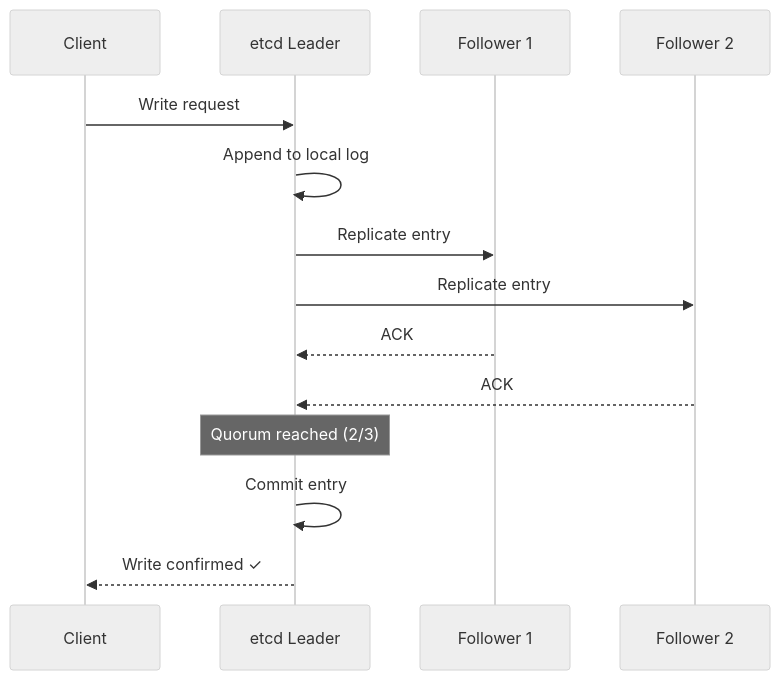
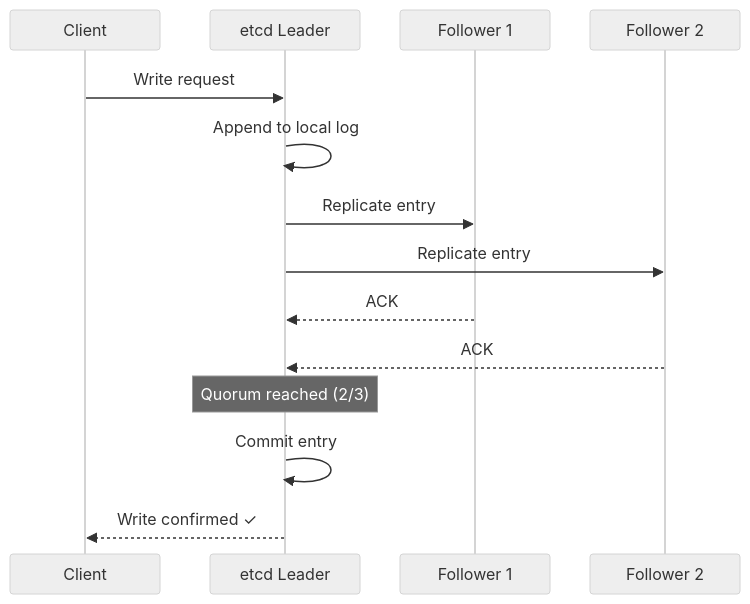
One commit to Alnour/kube_book changed the fifth of 5 diagrams in Chapter_5_Expanded.md. Above: the diagram before and after it, drawn with Mermaid (neutral theme). The commit also changed other lines of this file and 7 other files, not shown here.

First line of the commit message:
Fix Mermaid diagram sizing, layout, and label rendering

````diff
--- a/Chapter_5_Expanded.md
+++ b/Chapter_5_Expanded.md
@@ -154,17 +158,18 @@
 ```mermaid
+%%{init: {'sequence': {'actorMargin': 40, 'width': 150, 'height': 40, 'boxMargin': 8, 'noteMargin': 8, 'messageMargin': 30}}}%%
 sequenceDiagram
     participant Client
     participant Leader as etcd Leader
     participant F1 as Follower 1
     participant F2 as Follower 2
 
     Client->>Leader: Write request
     Leader->>Leader: Append to local log
     Leader->>F1: Replicate entry
     Leader->>F2: Replicate entry
     F1-->>Leader: ACK
     F2-->>Leader: ACK
     Note over Leader: Quorum reached (2/3)
     Leader->>Leader: Commit entry
     Leader-->>Client: Write confirmed ✓
 ```
````
